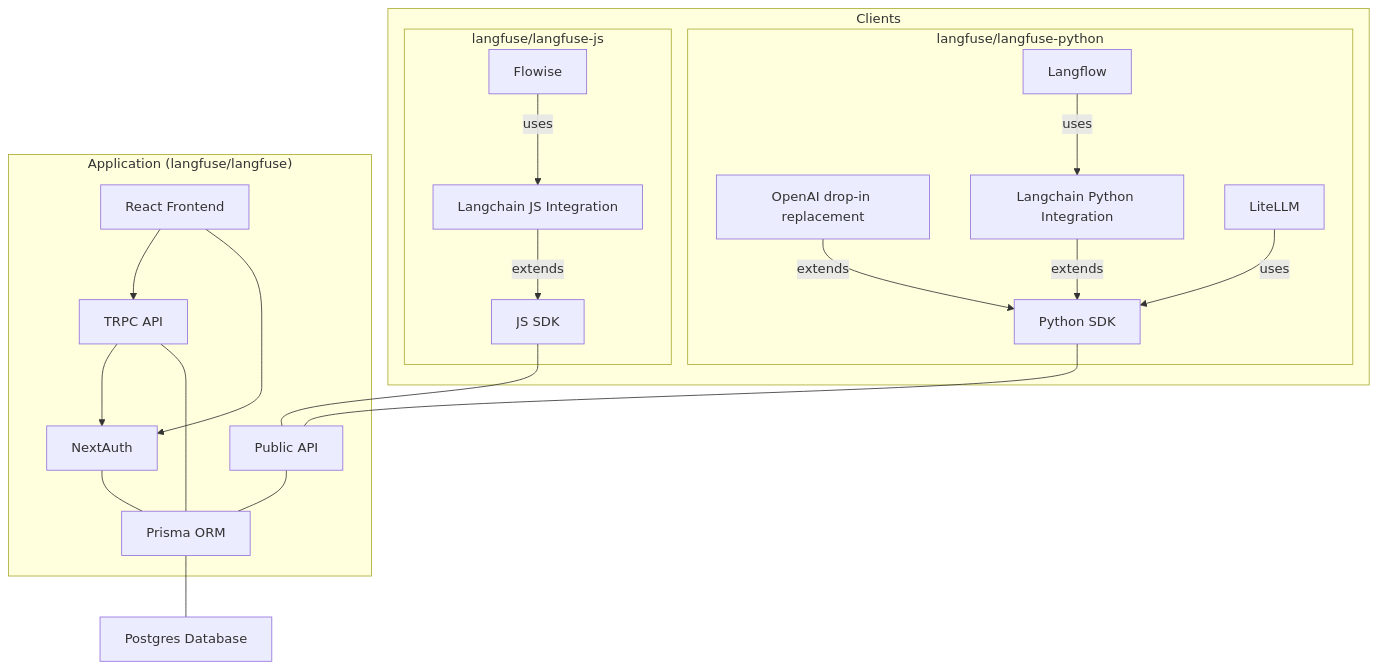
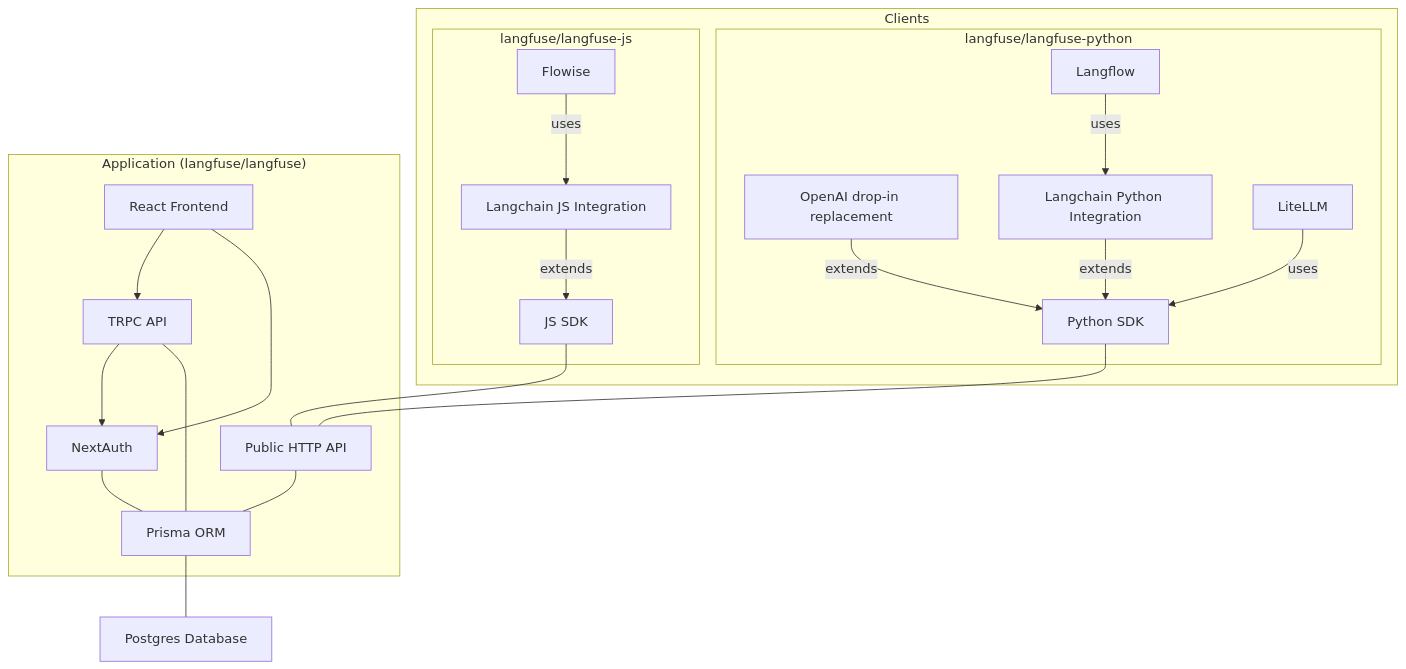
One commit to MohsinCreed/LangfuseOllama changed the first of 2 diagrams in CONTRIBUTING.md. Above: the diagram before and after it, drawn with Mermaid. The commit also changed other lines of this file, not shown here.

````diff
--- a/CONTRIBUTING.md
+++ b/CONTRIBUTING.md
@@ -46,35 +46,35 @@
 ```mermaid
 flowchart TB
    subgraph s4["Clients"]
       subgraph s2["langfuse/langfuse-python"]
          Python["Python SDK"]
          OAI["OpenAI drop-in replacement"] -->|extends| Python
          LCPYTHON["Langchain Python Integration"] -->|extends| Python
          Langflow -->|uses| LCPYTHON
          LiteLLM -->|uses| Python
       end
       subgraph s3["langfuse/langfuse-js"]
          JS["JS SDK"]
          LCJS["Langchain JS Integration"]  -->|extends| JS
          Flowise -->|uses| LCJS
       end
    end
 
    DB[Postgres Database]
 	subgraph s1["Application (langfuse/langfuse)"]
-      API[Public API]
+      API[Public HTTP API]
       G[TRPC API]
       I[NextAuth]
       H[React Frontend]
       Prisma[Prisma ORM]
       H --> G
       H --> I
       G --> I
       G --- Prisma
       API --- Prisma
       I --- Prisma
 	end
    Prisma --- DB
    JS --- API
    Python --- API
 ```
````
